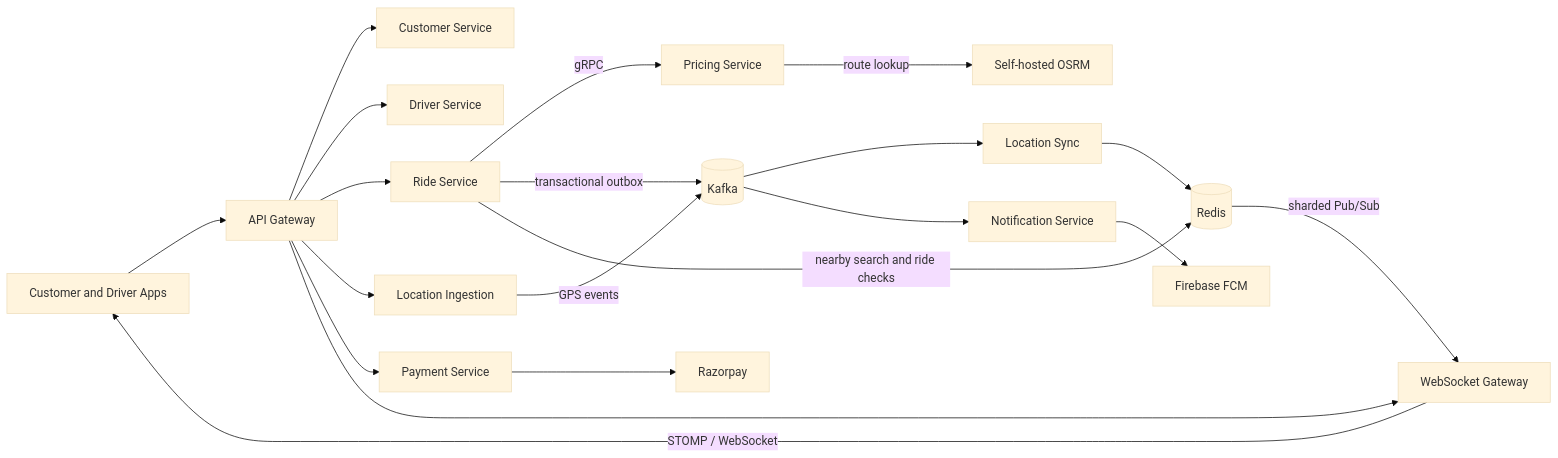
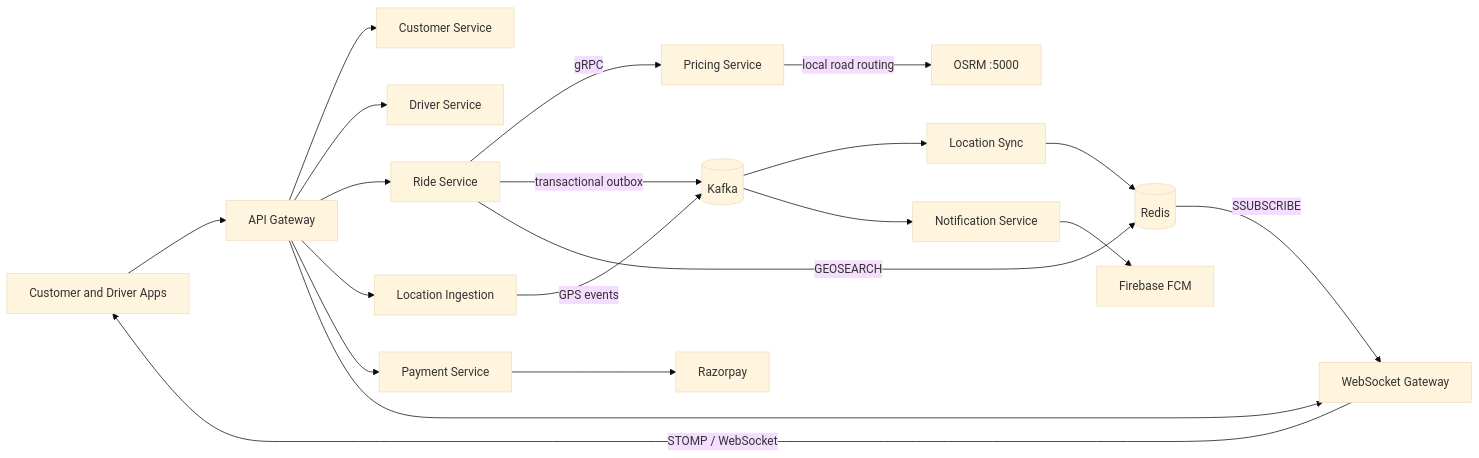
The first of 2 diagrams in README.md (shashank35i/GoOn---Ride-Hailing-Microservices-Platform), drawn with Mermaid (base theme) before and after one commit. The commit also changed other lines of this file, not shown here.

````diff
--- a/README.md
+++ b/README.md
@@ -24,23 +17,23 @@
 ```mermaid
 flowchart LR
     Apps[Customer and Driver Apps] --> Gateway[API Gateway]
     Gateway --> Customer[Customer Service]
     Gateway --> Driver[Driver Service]
     Gateway --> Ride[Ride Service]
     Gateway --> Ingest[Location Ingestion]
     Gateway --> Payment[Payment Service]
     Gateway --> WS[WebSocket Gateway]
 
     Ride -->|gRPC| Pricing[Pricing Service]
-    Pricing -->|route lookup| OSRM[Self-hosted OSRM]
+    Pricing -->|local road routing| OSRM[OSRM :5000]
     Ride -->|transactional outbox| Kafka[(Kafka)]
     Ingest -->|GPS events| Kafka
     Kafka --> LocationSync[Location Sync]
     LocationSync --> Redis[(Redis)]
-    Ride -->|nearby search and ride checks| Redis
-    Redis -->|sharded Pub/Sub| WS
+    Ride -->|GEOSEARCH| Redis
+    Redis -->|SSUBSCRIBE| WS
     WS -->|STOMP / WebSocket| Apps
     Kafka --> Notification[Notification Service]
     Notification --> FCM[Firebase FCM]
     Payment --> Razorpay[Razorpay]
 ```
````
